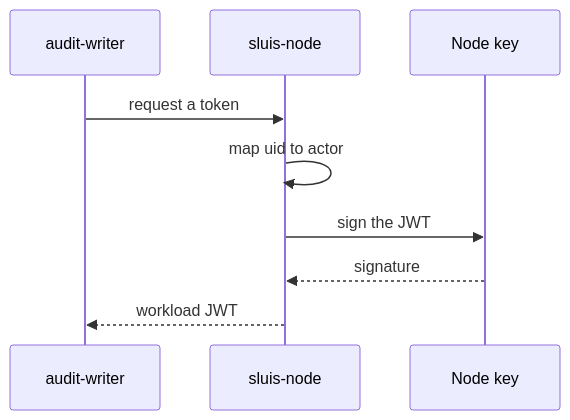
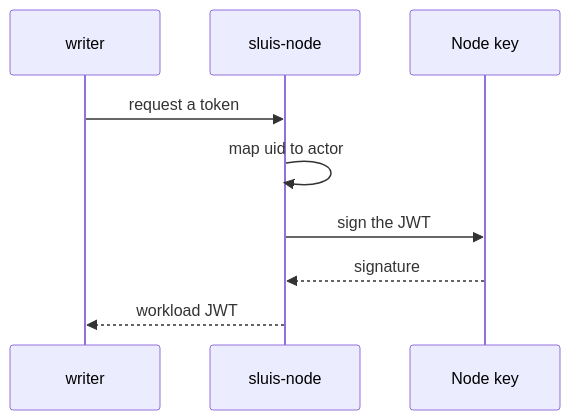
One commit to truvity/sluis changed the first of 2 diagrams in docs/concepts/identity.md. Above: the diagram before and after it, drawn with Mermaid. The commit also changed other lines of this file and 56 other files, not shown here.

````diff
--- a/docs/concepts/identity.md
+++ b/docs/concepts/identity.md
@@ -55,11 +55,11 @@
 ```mermaid
 sequenceDiagram
-  participant D as audit-writer
+  participant D as writer
   participant N as sluis-node
   participant K as Node key
   D->>N: request a token
   N->>N: map uid to actor
   N->>K: sign the JWT
   K-->>N: signature
   N-->>D: workload JWT
 ```
````
